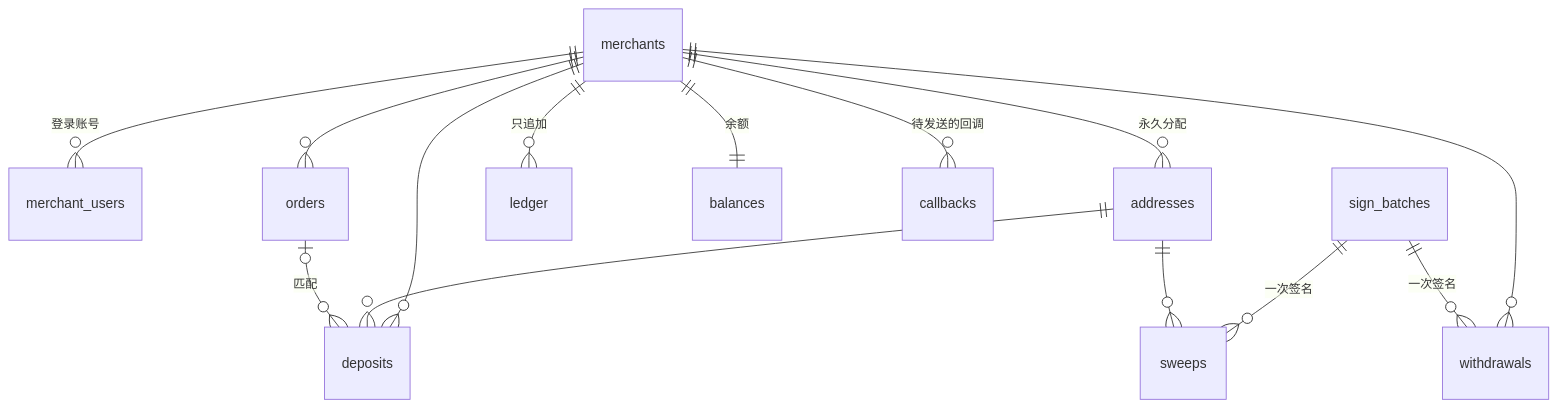
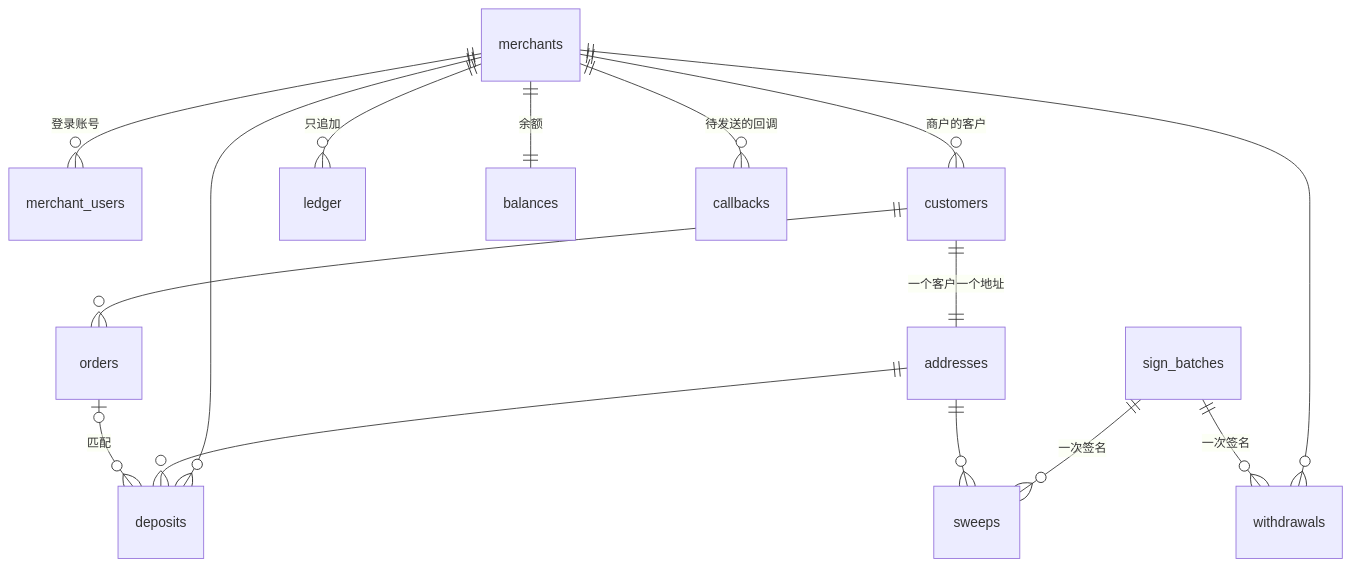
One commit to dollar3651314/amos111 changed diagram 13 of 17 in 00-架构方案.md. Above: the diagram before and after it, drawn with Mermaid. The commit also changed other lines of this file and 2 other files, not shown here.

````diff
--- a/00-架构方案.md
+++ b/00-架构方案.md
@@ -671,16 +677,17 @@
 ```mermaid
 erDiagram
     merchants ||--o{ merchant_users : "登录账号"
-    merchants ||--o{ addresses : "永久分配"
-    merchants ||--o{ orders : ""
+    merchants ||--o{ customers : "商户的客户"
+    customers ||--|| addresses : "一个客户一个地址"
+    customers ||--o{ orders : ""
     merchants ||--o{ deposits : ""
     merchants ||--o{ ledger : "只追加"
     merchants ||--|| balances : "余额"
     merchants ||--o{ withdrawals : ""
     merchants ||--o{ callbacks : "待发送的回调"
     addresses ||--o{ deposits : ""
     orders |o--o{ deposits : "匹配"
     sign_batches ||--o{ withdrawals : "一次签名"
     sign_batches ||--o{ sweeps : "一次签名"
     addresses ||--o{ sweeps : ""
 ```
````
